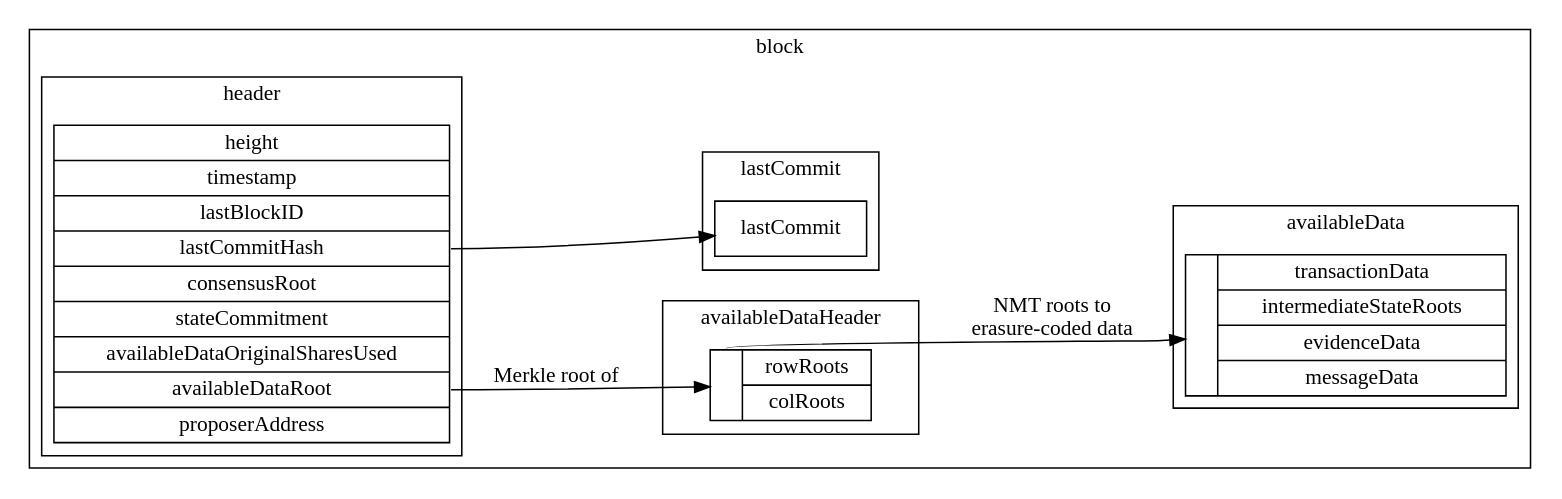
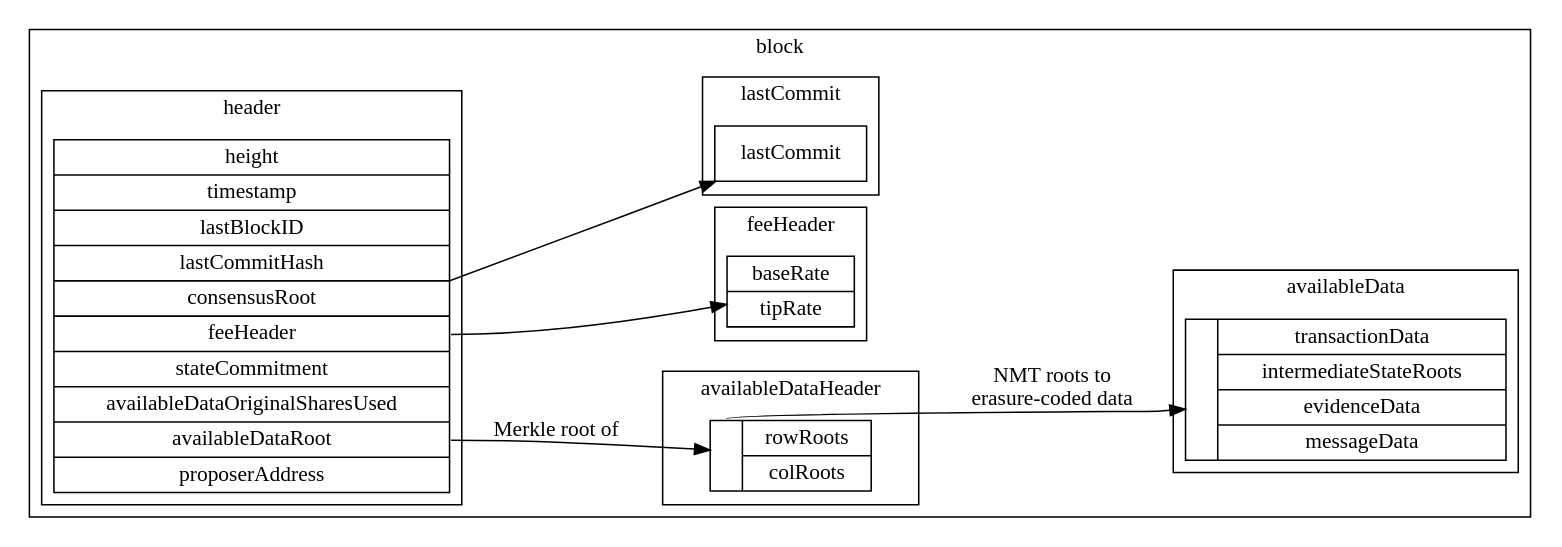
One commit to celestiaorg/celestia-specs changed the diagram in specs/figures/block_data_structures.dot. Above: the diagram before and after it, drawn with Graphviz. The commit also changed 1 other file, not shown here.

Commit message:
Update figures for fee header.

```diff
--- a/specs/figures/block_data_structures.dot
+++ b/specs/figures/block_data_structures.dot
@@ -1,36 +1,42 @@
 digraph G {
     rankdir = "LR";
     node [shape = record];
 
     subgraph cluster_block {
         label = "block";
 
         subgraph cluster_availableheader {
             label = "availableDataHeader";
-            struct4 [label = "{<f0> | { rowRoots | colRoots } }"];
+            struct5 [label = "{<f0> | { rowRoots | colRoots } }"];
         }
 
         subgraph cluster_body {
             label = "availableData";
-            struct3 [label = "{ | { transactionData | intermediateStateRoots | evidenceData | messageData } }"];
+            struct4 [label = "{ | { transactionData | intermediateStateRoots | evidenceData | messageData } }"];
+        }
+
+        subgraph cluster_feeheader {
+            label = "feeHeader";
+            struct3 [label = "baseRate | tipRate"];
         }
 
         subgraph cluster_lastcommit {
             label = "lastCommit";
             struct2 [label = "{lastCommit}"];
         }
 
         subgraph cluster_header {
             label = "header";
-            struct1 [label = "height | timestamp | lastBlockID | <f3> lastCommitHash | consensusRoot | stateCommitment | availableDataOriginalSharesUsed | <f7> availableDataRoot | proposerAddress"];
+            struct1 [label = "height | timestamp | lastBlockID | <f3> lastCommitHash | consensusRoot | <f5> feeHeader | stateCommitment | availableDataOriginalSharesUsed | <f8> availableDataRoot | proposerAddress"];
         }
     }
 
-    struct1:f3 -> struct2;
-    struct1:f7 -> struct4 [label = "Merkle root of"];
-    struct4:f0 -> struct3 [label = "NMT roots to\nerasure-coded data"];
+    struct1:f4 -> struct2;
+    struct1:f5 -> struct3;
+    struct1:f8 -> struct5 [label = "Merkle root of"];
+    struct5:f0 -> struct4 [label = "NMT roots to\nerasure-coded data"];
 
     edge [style = invis];
-    struct1 -> struct3;
     struct1 -> struct4;
+    struct1 -> struct5;
 }
```
